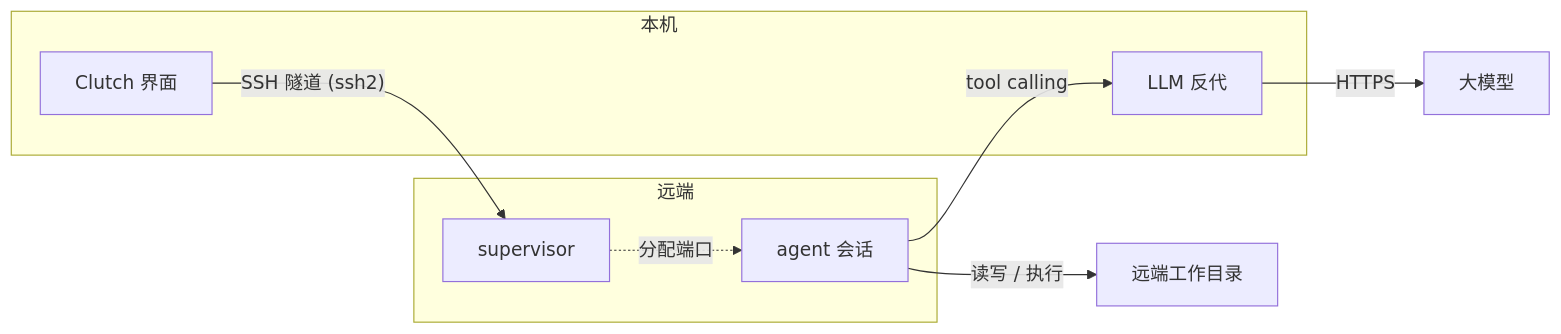
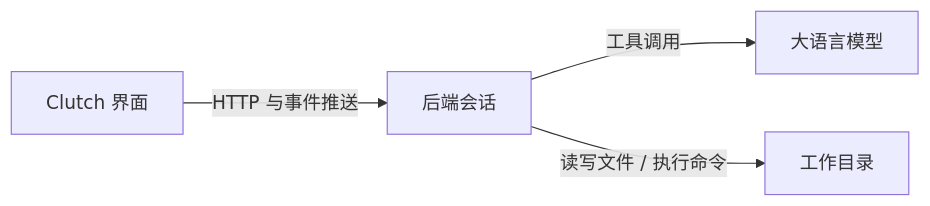
Before and after one commit to Ethereal1024/Clutch: the first of 2 diagrams in README.md, drawn with Mermaid. The commit also changed other lines of this file, not shown here.

````diff
--- a/README.md
+++ b/README.md
@@ -51,16 +117,6 @@
 ```mermaid
 flowchart LR
-    subgraph local["本机"]
-        UI["Clutch 界面"]
-        PXY["LLM 反代"]
-    end
-    subgraph remote["远端"]
-        SUP["supervisor"]
-        S["agent 会话"]
-    end
-    UI -- "SSH 隧道 (ssh2)" --> SUP
-    SUP -. "分配端口" .-> S
-    S -- "tool calling" --> PXY
-    PXY -- "HTTPS" --> LLM["大模型"]
-    S -- "读写 / 执行" --> WS["远端工作目录"]
+    UI["Clutch 界面"] -- "HTTP 与事件推送" --> API["后端会话"]
+    API -- "工具调用" --> LLM["大语言模型"]
+    API -- "读写文件 / 执行命令" --> WS["工作目录"]
 ```
````
